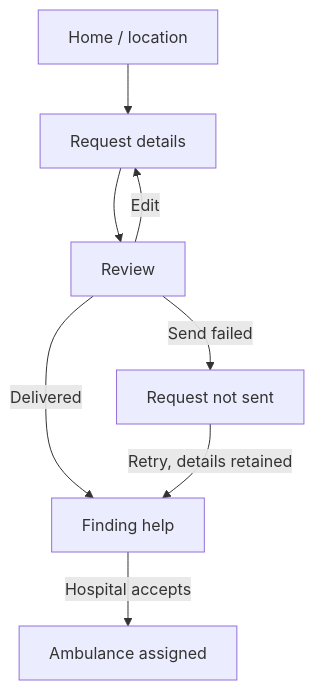
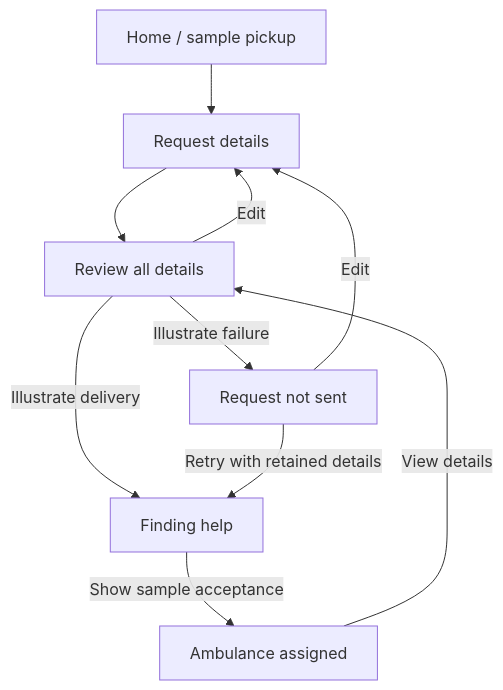
The diagram in task-01-mobile-wireframes/README.md (ankith2409-web/AUSPIFY), drawn with Mermaid before and after one commit. The commit also changed other lines of this file and 13 other files, not shown here.

Commit message:
Audit task-01-mobile-wireframes: correct flows and add complete submission evidence

````diff
--- a/task-01-mobile-wireframes/README.md
+++ b/task-01-mobile-wireframes/README.md
@@ -37,10 +29,12 @@
 ```mermaid
 flowchart TD
-    A["Home / location"] --> B["Request details"]
-    B --> C["Review"]
-    C -->|Edit| B
-    C -->|Delivered| D["Finding help"]
-    C -->|Send failed| F["Request not sent"]
-    D -->|Hospital accepts| E["Ambulance assigned"]
-    F -->|Retry, details retained| D
+  A["Home / sample pickup"] --> B["Request details"]
+  B --> C["Review all details"]
+  C -->|Edit| B
+  C -->|Illustrate delivery| D["Finding help"]
+  C -->|Illustrate failure| F["Request not sent"]
+  F -->|Retry with retained details| D
+  F -->|Edit| B
+  D -->|Show sample acceptance| E["Ambulance assigned"]
+  E -->|View details| C
 ```
````
